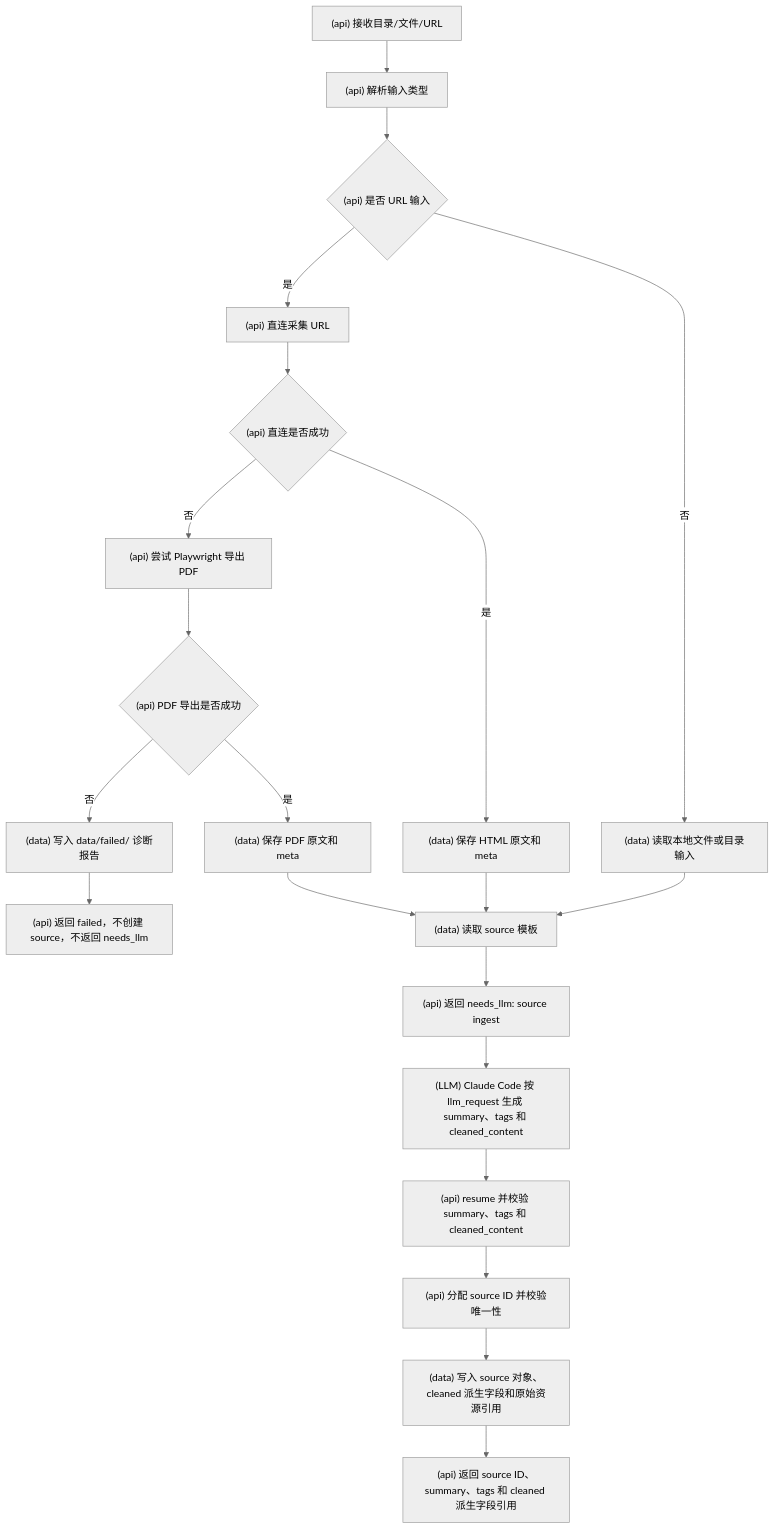
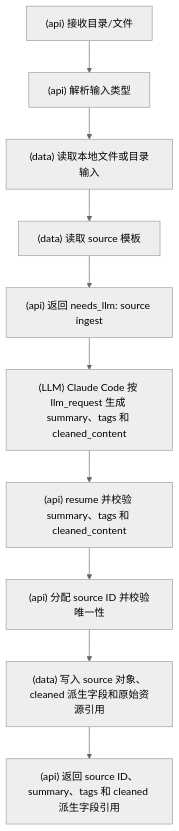
The second of 21 diagrams in docs/流程图.md (srangerme/KBManager), drawn with Mermaid (neutral theme) before and after one commit. The commit also changed 17 other files, not shown here.

````diff
--- a/docs/流程图.md
+++ b/docs/流程图.md
@@ -56,23 +56,12 @@
 ```mermaid
 flowchart TD
-  A["(api) 接收目录/文件/URL"] --> B["(api) 解析输入类型"]
-  B --> C{"(api) 是否 URL 输入"}
-  C -- 否 --> D["(data) 读取本地文件或目录输入"]
-  C -- 是 --> E["(api) 直连采集 URL"]
-  E --> F{"(api) 直连是否成功"}
-  F -- 否 --> G["(api) 尝试 Playwright 导出 PDF"]
-  G --> H{"(api) PDF 导出是否成功"}
-  H -- 否 --> I["(data) 写入 data/failed/ 诊断报告"]
-  I --> J["(api) 返回 failed，不创建 source，不返回 needs_llm"]
-  F -- 是 --> K["(data) 保存 HTML 原文和 meta"]
-  H -- 是 --> L["(data) 保存 PDF 原文和 meta"]
+  A["(api) 接收目录/文件"] --> B["(api) 解析输入类型"]
+  B --> D["(data) 读取本地文件或目录输入"]
   D --> M["(data) 读取 source 模板"]
-  K --> M
-  L --> M
   M --> N["(api) 返回 needs_llm: source ingest"]
   N --> O["(LLM) Claude Code 按 llm_request 生成 summary、tags 和 cleaned_content"]
   O --> P["(api) resume 并校验 summary、tags 和 cleaned_content"]
   P --> Q["(api) 分配 source ID 并校验唯一性"]
   Q --> R["(data) 写入 source 对象、cleaned 派生字段和原始资源引用"]
   R --> S["(api) 返回 source ID、summary、tags 和 cleaned 派生字段引用"]
 ```
````
